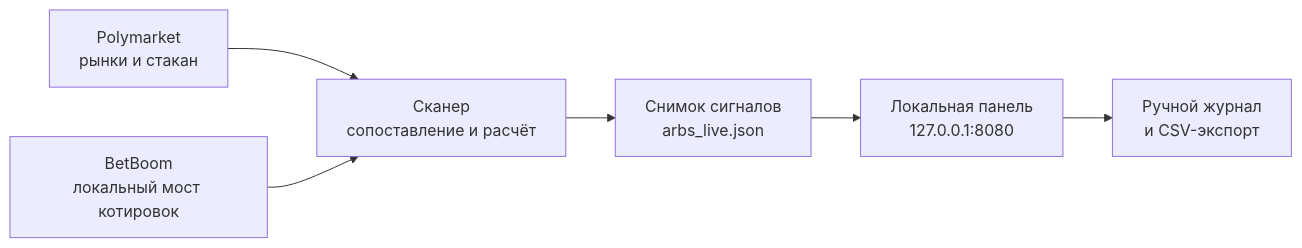
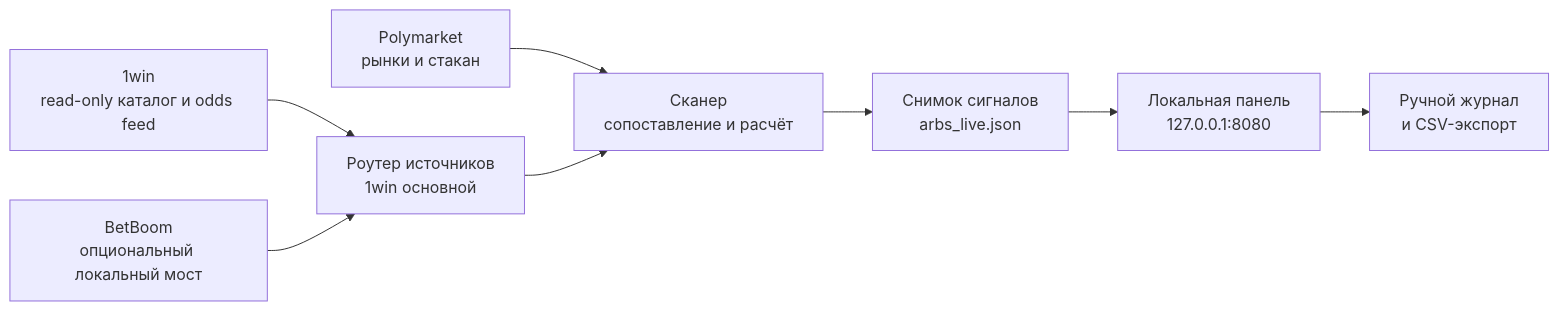
Before and after one commit to lap1xx/poly_fork: the diagram in README.md, drawn with Mermaid. The commit also changed other lines of this file, not shown here.

Commit message:
docs: update README for 1win scanner

````diff
--- a/README.md
+++ b/README.md
@@ -37,8 +34,10 @@
 ```mermaid
 flowchart LR
     PM["Polymarket<br/>рынки и стакан"] --> SC["Сканер<br/>сопоставление и расчёт"]
-    BB["BetBoom<br/>локальный мост котировок"] --> SC
+    OW["1win<br/>read-only каталог и odds feed"] --> RT["Роутер источников<br/>1win основной"]
+    BB["BetBoom<br/>опциональный локальный мост"] --> RT
+    RT --> SC
     SC --> SNAP["Снимок сигналов<br/>arbs_live.json"]
     SNAP --> UI["Локальная панель<br/>127.0.0.1:8080"]
     UI --> JOURNAL["Ручной журнал<br/>и CSV-экспорт"]
 ```
````
